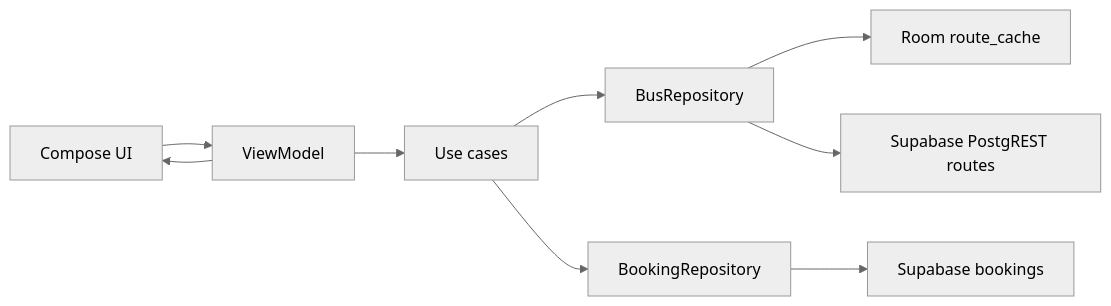
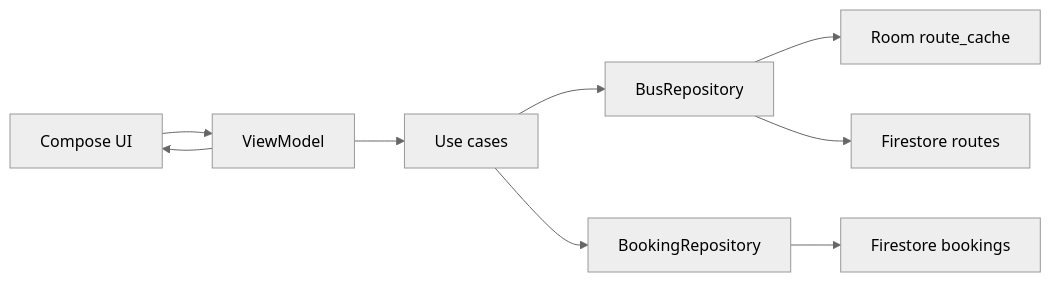
The diagram in README.md (orikaleb/mobile), drawn with Mermaid (neutral theme) before and after one commit. The commit also changed other lines of this file and 30 other files, not shown here.

First line of the commit message:
Replace Supabase with Firebase Auth and Firestore

````diff
--- a/README.md
+++ b/README.md
@@ -26,11 +26,11 @@
 ```mermaid
 flowchart LR
     UI[Compose UI] --> VM[ViewModel]
     VM --> UC[Use cases]
     UC --> BR[BusRepository]
     UC --> BK[BookingRepository]
     BR --> CACHE[Room route_cache]
-    BR --> REMOTE[Supabase PostgREST routes]
-    BK --> SB[Supabase bookings]
+    BR --> REMOTE[Firestore routes]
+    BK --> FS[Firestore bookings]
     VM --> UI
 ```
````
